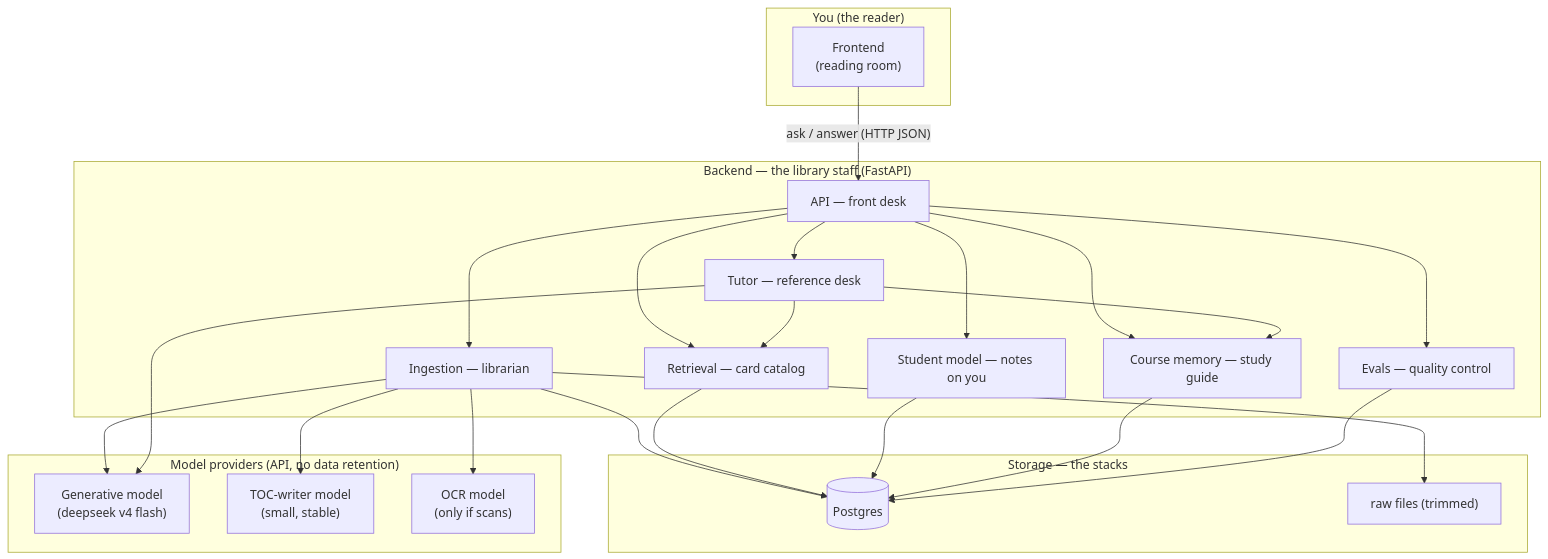
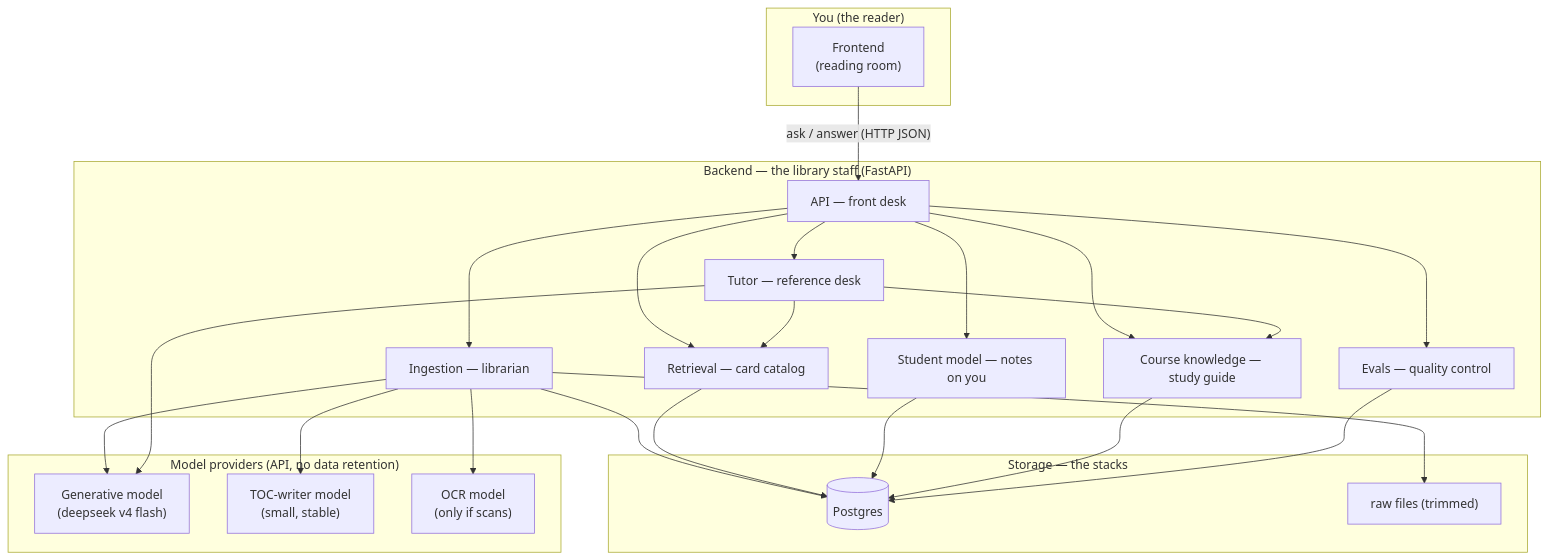
One commit to RileyK05/Stacks changed the first of 19 diagrams in system.md. Above: the diagram before and after it, drawn with Mermaid. The commit also changed other lines of this file and 15 other files, not shown here.

````diff
--- a/system.md
+++ b/system.md
@@ -67,47 +67,47 @@
 ```mermaid
 flowchart TB
     subgraph User["You (the reader)"]
         B["Frontend<br/>(reading room)"]
     end
 
     subgraph Backend["Backend — the library staff (FastAPI)"]
         API["API — front desk"]
         ING["Ingestion — librarian"]
         RET["Retrieval — card catalog"]
-        MEM["Course memory — study guide"]
+        MEM["Course knowledge — study guide"]
         SM["Student model — notes on you"]
         TUT["Tutor — reference desk"]
         EV["Evals — quality control"]
     end
 
     subgraph Storage["Storage — the stacks"]
         PG[("Postgres")]
         FS["raw files (trimmed)"]
     end
 
     subgraph Models["Model providers (API, no data retention)"]
         GEN["Generative model<br/>(deepseek v4 flash)"]
         TOCW["TOC-writer model<br/>(small, stable)"]
         OCR["OCR model<br/>(only if scans)"]
     end
 
     B -->|"ask / answer (HTTP JSON)"| API
     API --> ING
     API --> RET
     API --> MEM
     API --> SM
     API --> TUT
     API --> EV
     ING --> PG
     ING --> FS
     ING --> GEN
     ING --> OCR
     ING --> TOCW
     RET --> PG
     TUT --> GEN
     TUT --> RET
     TUT --> MEM
     SM --> PG
     MEM --> PG
     EV --> PG
 ```
````
